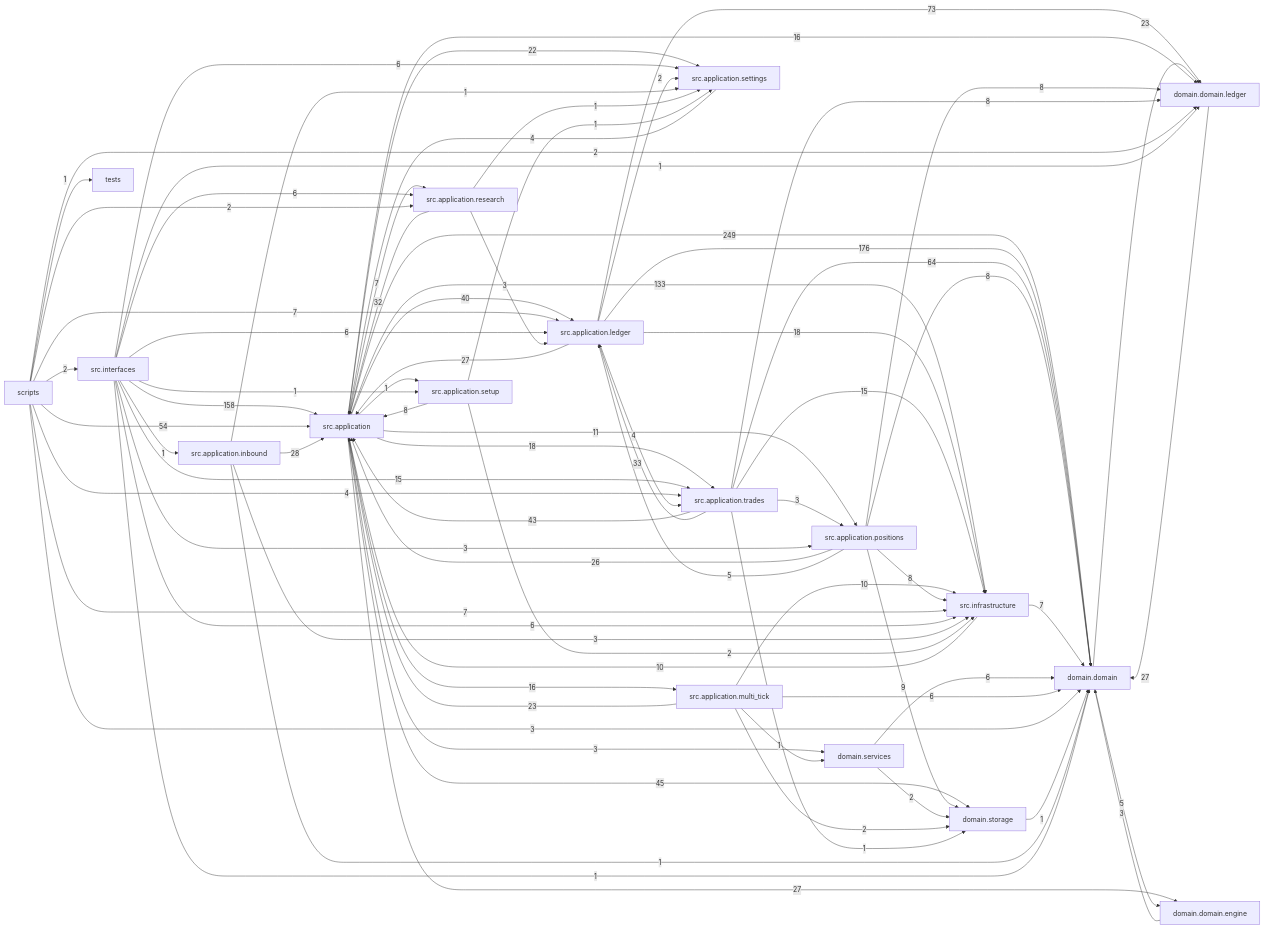
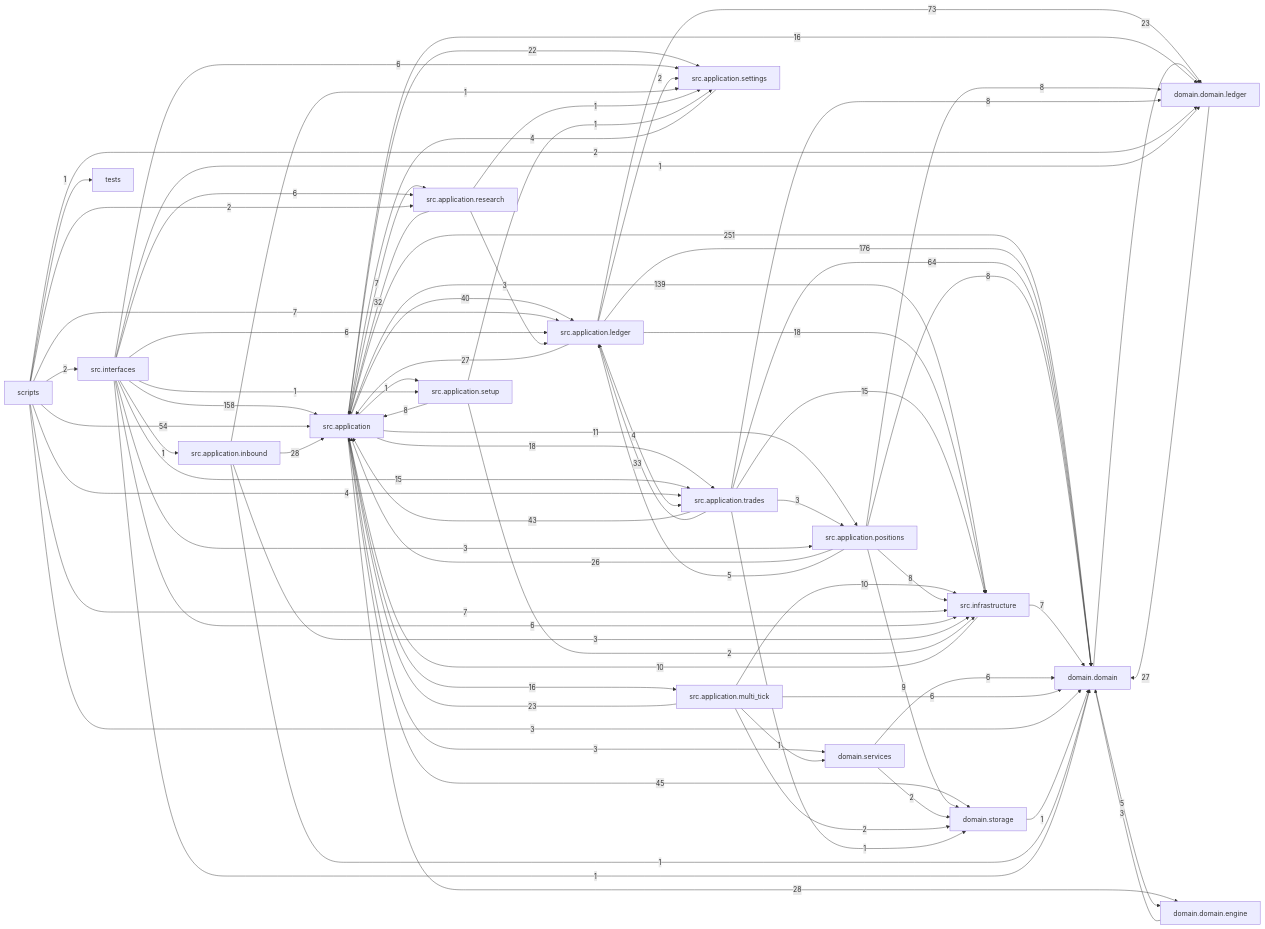
One commit to liuxie066/options-monitor changed the diagram in docs/dependency_graph.mmd. Above: the diagram before and after it, drawn with Mermaid. The commit also changed 33 other files, not shown here.

```diff
--- a/docs/dependency_graph.mmd
+++ b/docs/dependency_graph.mmd
@@ -1,78 +1,78 @@
 flowchart LR
-  src_application["src.application"] -->|249| domain_domain["domain.domain"]
+  src_application["src.application"] -->|251| domain_domain["domain.domain"]
   src_application_ledger["src.application.ledger"] -->|176| domain_domain["domain.domain"]
   src_interfaces["src.interfaces"] -->|158| src_application["src.application"]
-  src_application["src.application"] -->|133| src_infrastructure["src.infrastructure"]
+  src_application["src.application"] -->|139| src_infrastructure["src.infrastructure"]
   src_application_ledger["src.application.ledger"] -->|73| domain_domain_ledger["domain.domain.ledger"]
   src_application_trades["src.application.trades"] -->|64| domain_domain["domain.domain"]
   scripts["scripts"] -->|54| src_application["src.application"]
   src_application["src.application"] -->|45| domain_storage["domain.storage"]
   src_application_trades["src.application.trades"] -->|43| src_application["src.application"]
   src_application["src.application"] -->|40| src_application_ledger["src.application.ledger"]
   src_application_trades["src.application.trades"] -->|33| src_application_ledger["src.application.ledger"]
   src_application_research["src.application.research"] -->|32| src_application["src.application"]
+  src_application["src.application"] -->|28| domain_domain_engine["domain.domain.engine"]
   src_application_inbound["src.application.inbound"] -->|28| src_application["src.application"]
   domain_domain_ledger["domain.domain.ledger"] -->|27| domain_domain["domain.domain"]
-  src_application["src.application"] -->|27| domain_domain_engine["domain.domain.engine"]
   src_application_ledger["src.application.ledger"] -->|27| src_application["src.application"]
   src_application_positions["src.application.positions"] -->|26| src_application["src.application"]
   domain_domain["domain.domain"] -->|23| domain_domain_ledger["domain.domain.ledger"]
   src_application_multi_tick["src.application.multi_tick"] -->|23| src_application["src.application"]
   src_application["src.application"] -->|22| src_application_settings["src.application.settings"]
   src_application["src.application"] -->|18| src_application_trades["src.application.trades"]
   src_application_ledger["src.application.ledger"] -->|18| src_infrastructure["src.infrastructure"]
   src_application["src.application"] -->|16| domain_domain_ledger["domain.domain.ledger"]
   src_application["src.application"] -->|16| src_application_multi_tick["src.application.multi_tick"]
   src_application_trades["src.application.trades"] -->|15| src_infrastructure["src.infrastructure"]
   src_interfaces["src.interfaces"] -->|15| src_application_trades["src.application.trades"]
   src_application["src.application"] -->|11| src_application_positions["src.application.positions"]
   src_application_multi_tick["src.application.multi_tick"] -->|10| src_infrastructure["src.infrastructure"]
   src_infrastructure["src.infrastructure"] -->|10| src_application["src.application"]
   src_application_positions["src.application.positions"] -->|9| domain_storage["domain.storage"]
   src_application_positions["src.application.positions"] -->|8| domain_domain["domain.domain"]
   src_application_positions["src.application.positions"] -->|8| domain_domain_ledger["domain.domain.ledger"]
   src_application_positions["src.application.positions"] -->|8| src_infrastructure["src.infrastructure"]
   src_application_setup["src.application.setup"] -->|8| src_application["src.application"]
   src_application_trades["src.application.trades"] -->|8| domain_domain_ledger["domain.domain.ledger"]
   scripts["scripts"] -->|7| src_application_ledger["src.application.ledger"]
   scripts["scripts"] -->|7| src_infrastructure["src.infrastructure"]
   src_application["src.application"] -->|7| src_application_research["src.application.research"]
   src_infrastructure["src.infrastructure"] -->|7| domain_domain["domain.domain"]
   domain_services["domain.services"] -->|6| domain_domain["domain.domain"]
   src_application_multi_tick["src.application.multi_tick"] -->|6| domain_domain["domain.domain"]
   src_interfaces["src.interfaces"] -->|6| src_application_ledger["src.application.ledger"]
   src_interfaces["src.interfaces"] -->|6| src_application_research["src.application.research"]
   src_interfaces["src.interfaces"] -->|6| src_application_settings["src.application.settings"]
   src_interfaces["src.interfaces"] -->|6| src_infrastructure["src.infrastructure"]
   domain_domain["domain.domain"] -->|5| domain_domain_engine["domain.domain.engine"]
   src_application_positions["src.application.positions"] -->|5| src_application_ledger["src.application.ledger"]
   scripts["scripts"] -->|4| src_application_trades["src.application.trades"]
   src_application_ledger["src.application.ledger"] -->|4| src_application_trades["src.application.trades"]
   src_application_settings["src.application.settings"] -->|4| src_application["src.application"]
   domain_domain_engine["domain.domain.engine"] -->|3| domain_domain["domain.domain"]
   scripts["scripts"] -->|3| domain_domain["domain.domain"]
   src_application["src.application"] -->|3| domain_services["domain.services"]
   src_application_inbound["src.application.inbound"] -->|3| src_infrastructure["src.infrastructure"]
   src_application_research["src.application.research"] -->|3| src_application_ledger["src.application.ledger"]
   src_application_trades["src.application.trades"] -->|3| src_application_positions["src.application.positions"]
   src_interfaces["src.interfaces"] -->|3| src_application_positions["src.application.positions"]
   domain_services["domain.services"] -->|2| domain_storage["domain.storage"]
   scripts["scripts"] -->|2| domain_domain_ledger["domain.domain.ledger"]
   scripts["scripts"] -->|2| src_application_research["src.application.research"]
   scripts["scripts"] -->|2| src_interfaces["src.interfaces"]
   src_application_ledger["src.application.ledger"] -->|2| src_application_settings["src.application.settings"]
   src_application_multi_tick["src.application.multi_tick"] -->|2| domain_storage["domain.storage"]
   src_application_setup["src.application.setup"] -->|2| src_infrastructure["src.infrastructure"]
   domain_storage["domain.storage"] -->|1| domain_domain["domain.domain"]
   scripts["scripts"] -->|1| tests["tests"]
   src_application["src.application"] -->|1| src_application_setup["src.application.setup"]
   src_application_inbound["src.application.inbound"] -->|1| domain_domain["domain.domain"]
   src_application_inbound["src.application.inbound"] -->|1| src_application_settings["src.application.settings"]
   src_application_multi_tick["src.application.multi_tick"] -->|1| domain_services["domain.services"]
   src_application_research["src.application.research"] -->|1| src_application_settings["src.application.settings"]
   src_application_setup["src.application.setup"] -->|1| src_application_settings["src.application.settings"]
   src_application_trades["src.application.trades"] -->|1| domain_storage["domain.storage"]
   src_interfaces["src.interfaces"] -->|1| domain_domain["domain.domain"]
   src_interfaces["src.interfaces"] -->|1| domain_domain_ledger["domain.domain.ledger"]
   src_interfaces["src.interfaces"] -->|1| src_application_inbound["src.application.inbound"]
   src_interfaces["src.interfaces"] -->|1| src_application_setup["src.application.setup"]
```
